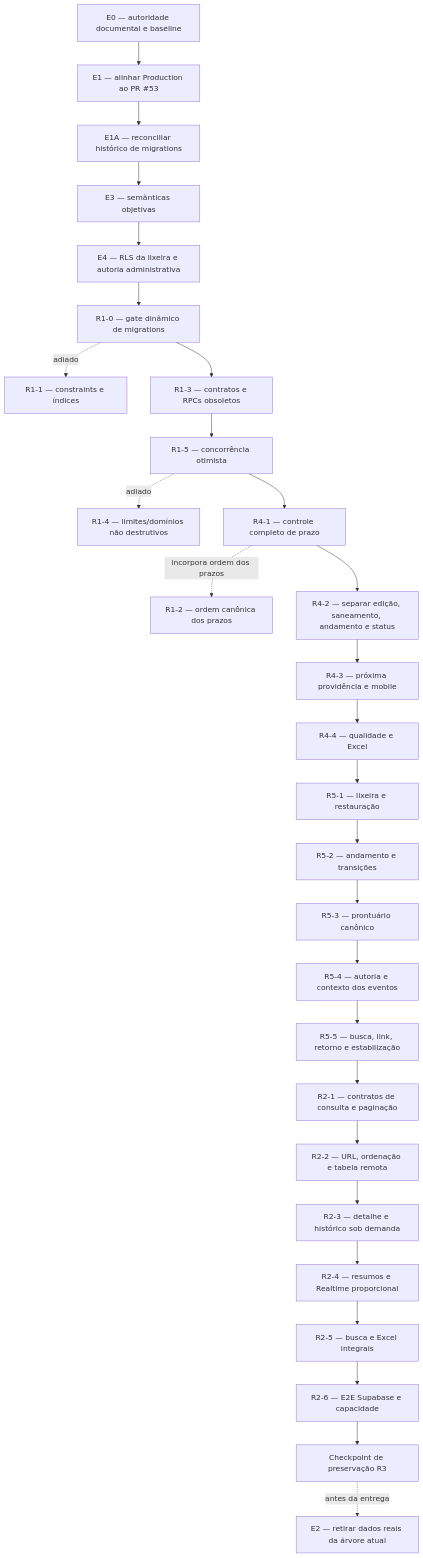
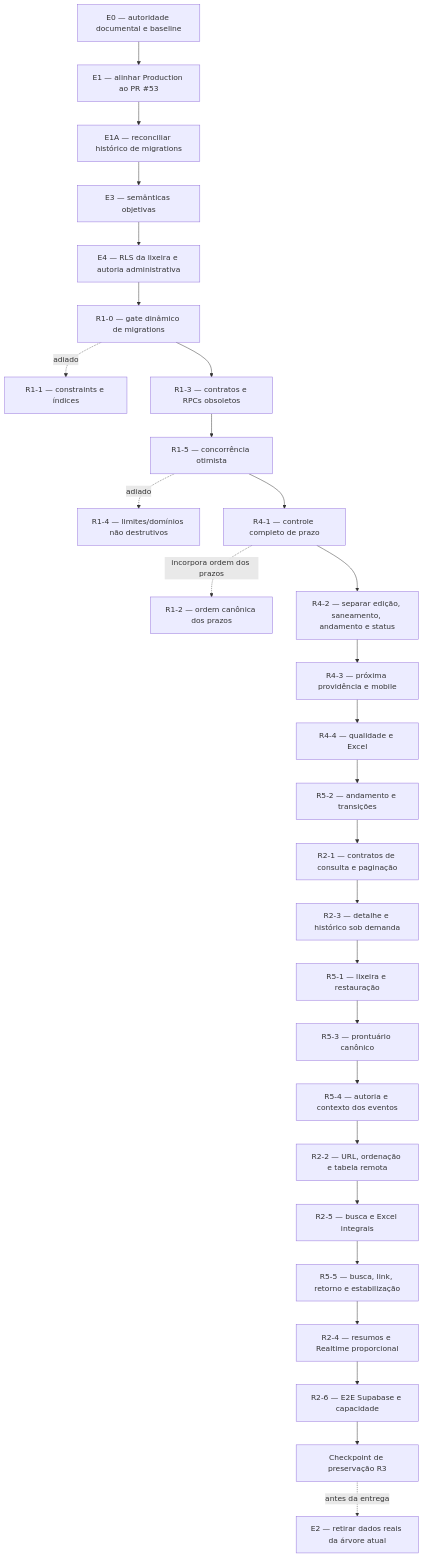
The diagram in docs/execution/Plano_Executivo_Operacao_Atual_CTRH_v1.2.md (jailsonbarreto-rh/demandas-rhsme-expansao), drawn with Mermaid before and after one commit. The commit also changed other lines of this file, not shown here.

````diff
--- a/docs/execution/Plano_Executivo_Operacao_Atual_CTRH_v1.2.md
+++ b/docs/execution/Plano_Executivo_Operacao_Atual_CTRH_v1.2.md
@@ -349,46 +356,46 @@
 ```mermaid
 flowchart TD
     E0["E0 — autoridade documental e baseline"]
     E1["E1 — alinhar Production ao PR #53"]
     E1A["E1A — reconciliar histórico de migrations"]
     E2["E2 — retirar dados reais da árvore atual"]
     E3["E3 — semânticas objetivas"]
     E4["E4 — RLS da lixeira e autoria administrativa"]
 
     R10["R1-0 — gate dinâmico de migrations"]
     R11["R1-1 — constraints e índices"]
     R12["R1-2 — ordem canônica dos prazos"]
     R13["R1-3 — contratos e RPCs obsoletos"]
     R14["R1-4 — limites/domínios não destrutivos"]
     R15["R1-5 — concorrência otimista"]
 
     R21["R2-1 — contratos de consulta e paginação"]
     R22["R2-2 — URL, ordenação e tabela remota"]
     R23["R2-3 — detalhe e histórico sob demanda"]
     R24["R2-4 — resumos e Realtime proporcional"]
     R25["R2-5 — busca e Excel integrais"]
     R26["R2-6 — E2E Supabase e capacidade"]
 
     R3C["Checkpoint de preservação R3"]
 
     R41["R4-1 — controle completo de prazo"]
     R42["R4-2 — separar edição, saneamento, andamento e status"]
     R43["R4-3 — próxima providência e mobile"]
     R44["R4-4 — qualidade e Excel"]
 
     R51["R5-1 — lixeira e restauração"]
     R52["R5-2 — andamento e transições"]
     R53["R5-3 — prontuário canônico"]
     R54["R5-4 — autoria e contexto dos eventos"]
     R55["R5-5 — busca, link, retorno e estabilização"]
 
     E0 --> E1 --> E1A --> E3 --> E4
     E4 --> R10 --> R13 --> R15
-    R15 --> R41 --> R42 --> R43 --> R44
-    R44 --> R51 --> R52 --> R53 --> R54 --> R55
-    R55 --> R21 --> R22 --> R23 --> R24 --> R25 --> R26 --> R3C
+    R15 --> R41 --> R42 --> R43 --> R44 --> R52
+    R52 --> R21 --> R23 --> R51 --> R53 --> R54
+    R54 --> R22 --> R25 --> R55 --> R24 --> R26 --> R3C
     R10 -. "adiado" .-> R11
     R41 -. "incorpora ordem dos prazos" .-> R12
     R15 -. "adiado" .-> R14
     R3C -. "antes da entrega" .-> E2
 ```
````
